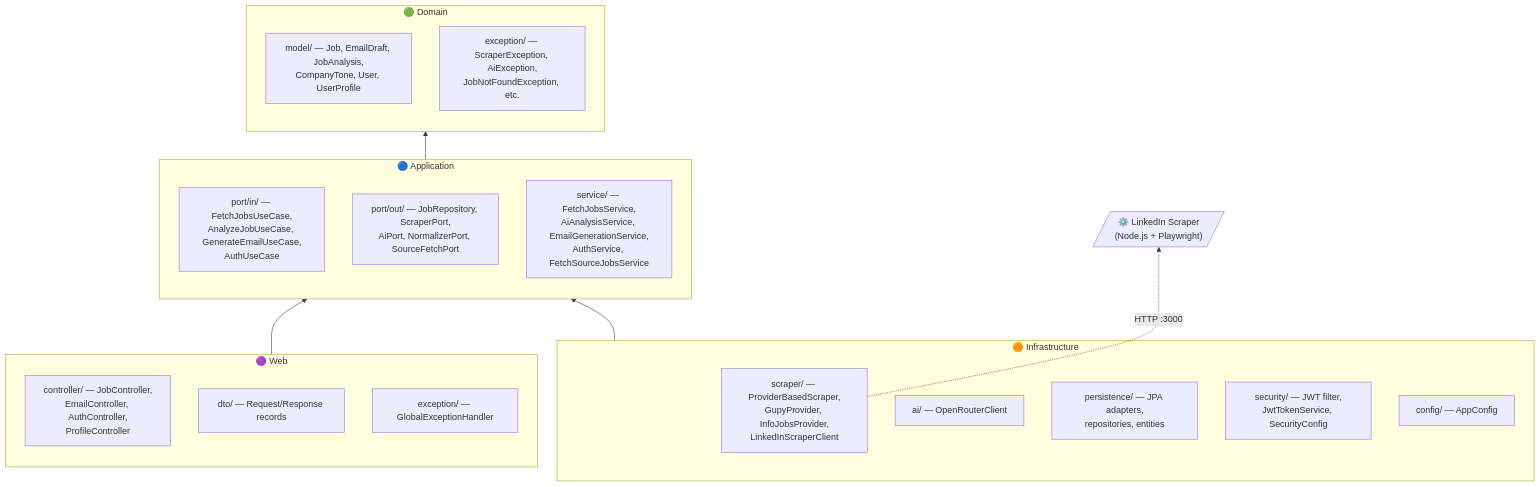
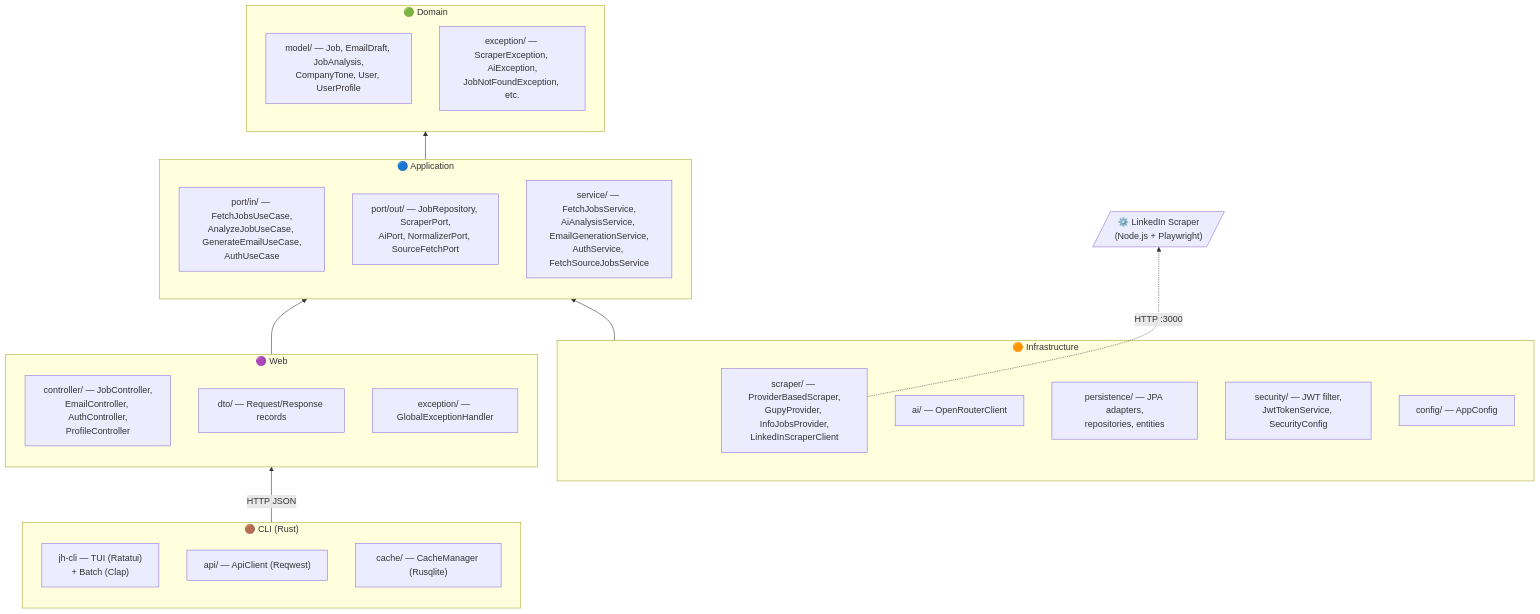
Before and after one commit to Uzzoper/job-hunter: the third of 5 diagrams in README.md, drawn with Mermaid. The commit also changed other lines of this file, not shown here.

Commit message:
docs: add CLI/TUI documentation to README

````diff
--- a/README.md
+++ b/README.md
@@ -139,34 +174,41 @@
 ```mermaid
 flowchart BT
     subgraph Domain["🟢 Domain"]
         D1["model/ — Job, EmailDraft, JobAnalysis,<br/>CompanyTone, User, UserProfile"]
         D2["exception/ — ScraperException, AiException,<br/>JobNotFoundException, etc."]
     end
 
     subgraph Application["🔵 Application"]
         A1["port/in/ — FetchJobsUseCase,<br/>AnalyzeJobUseCase, GenerateEmailUseCase,<br/>AuthUseCase"]
         A2["port/out/ — JobRepository, ScraperPort,<br/>AiPort, NormalizerPort, SourceFetchPort"]
         A3["service/ — FetchJobsService,<br/>AiAnalysisService, EmailGenerationService,<br/>AuthService, FetchSourceJobsService"]
     end
 
     subgraph Infrastructure["🟠 Infrastructure"]
         I1["scraper/ — ProviderBasedScraper,<br/>GupyProvider, InfoJobsProvider,<br/>LinkedInScraperClient"]
         I2["ai/ — OpenRouterClient"]
         I3["persistence/ — JPA adapters,<br/>repositories, entities"]
         I4["security/ — JWT filter,<br/>JwtTokenService, SecurityConfig"]
         I5["config/ — AppConfig"]
     end
 
     subgraph Web["🟣 Web"]
         W1["controller/ — JobController,<br/>EmailController, AuthController,<br/>ProfileController"]
         W2["dto/ — Request/Response records"]
         W3["exception/ — GlobalExceptionHandler"]
     end
 
+    subgraph CLI["🟤 CLI (Rust)"]
+        C1["jh-cli — TUI (Ratatui)<br/>+ Batch (Clap)"]
+        C2["api/ — ApiClient (Reqwest)"]
+        C3["cache/ — CacheManager (Rusqlite)"]
+    end
+
     LS[/"⚙️ LinkedIn Scraper<br/>(Node.js + Playwright)"/]
 
+    CLI -->|"HTTP JSON"| Web
     Web --> Application
     Infrastructure --> Application
     Application --> Domain
     I1 -.->|"HTTP :3000"| LS
 ```
````
